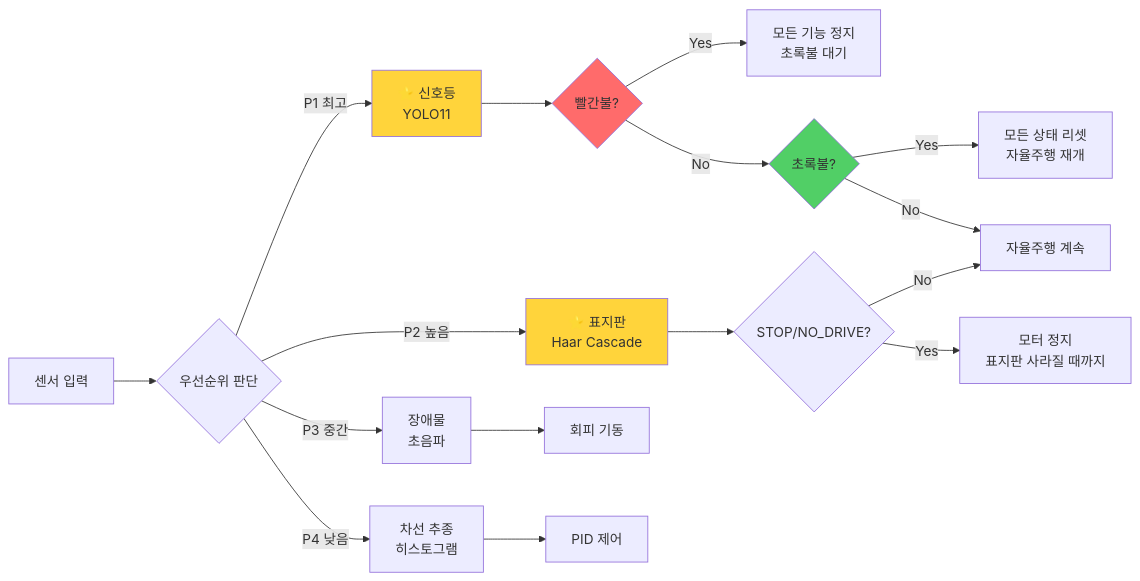
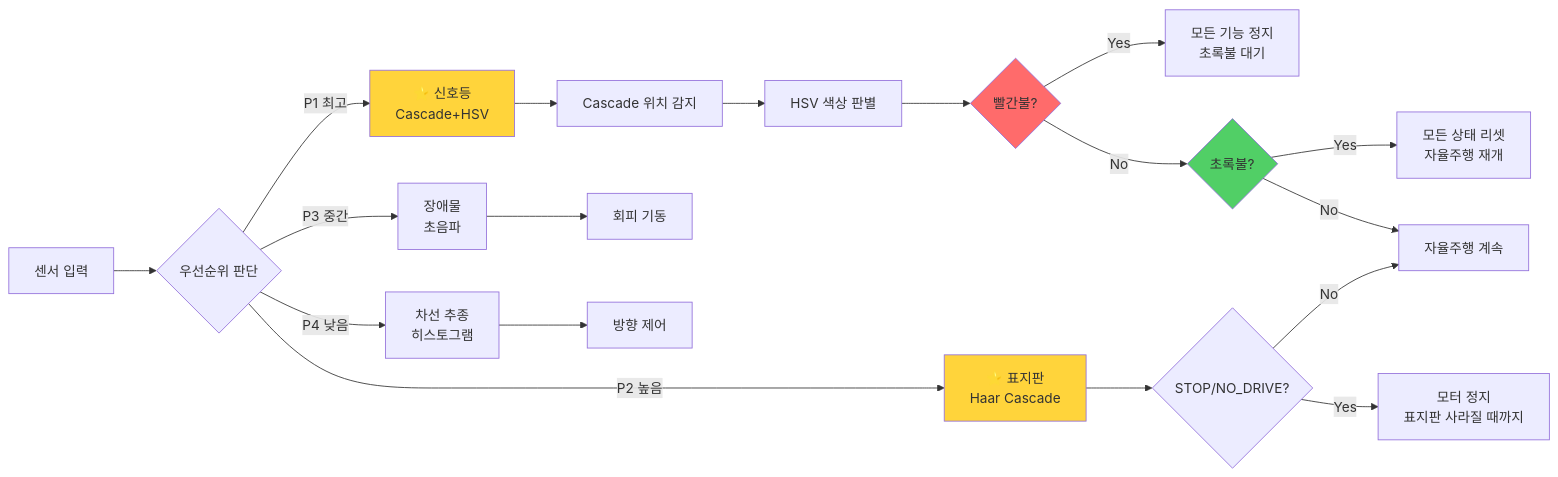
Before and after one commit to Collegenie-X/Raspbot-v2-self-driving-car: diagram 26 of 44 in 06_final_self_driving/_1단계_요구사항_분석.md, drawn with Mermaid. The commit also changed other lines of this file and 5 other files, not shown here.

````diff
--- a/06_final_self_driving/_1단계_요구사항_분석.md
+++ b/06_final_self_driving/_1단계_요구사항_분석.md
@@ -1131,27 +1172,29 @@
 ```mermaid
 flowchart LR
     A[센서 입력] --> B{우선순위 판단}
     
-    B -->|P1 최고| C[⭐ 신호등<br/>YOLO11]
+    B -->|P1 최고| C[⭐ 신호등<br/>Cascade+HSV]
     B -->|P2 높음| D[⭐ 표지판<br/>Haar Cascade]
     B -->|P3 중간| E[장애물<br/>초음파]
     B -->|P4 낮음| F[차선 추종<br/>히스토그램]
     
-    C --> C1{빨간불?}
-    C1 -->|Yes| G[모든 기능 정지<br/>초록불 대기]
-    C1 -->|No| C2{초록불?}
-    C2 -->|Yes| H[모든 상태 리셋<br/>자율주행 재개]
-    C2 -->|No| I[자율주행 계속]
+    C --> C1[Cascade 위치 감지]
+    C1 --> C2[HSV 색상 판별]
+    C2 --> C3{빨간불?}
+    C3 -->|Yes| G[모든 기능 정지<br/>초록불 대기]
+    C3 -->|No| C4{초록불?}
+    C4 -->|Yes| H[모든 상태 리셋<br/>자율주행 재개]
+    C4 -->|No| I[자율주행 계속]
     
     D --> D1{STOP/NO_DRIVE?}
     D1 -->|Yes| J[모터 정지<br/>표지판 사라질 때까지]
     D1 -->|No| I
     
     E --> K[회피 기동]
-    F --> L[PID 제어]
+    F --> L[방향 제어]
     
     style C fill:#ffd43b
-    style C1 fill:#ff6b6b
-    style C2 fill:#51cf66
+    style C3 fill:#ff6b6b
+    style C4 fill:#51cf66
     style D fill:#ffd43b
 ```
````
